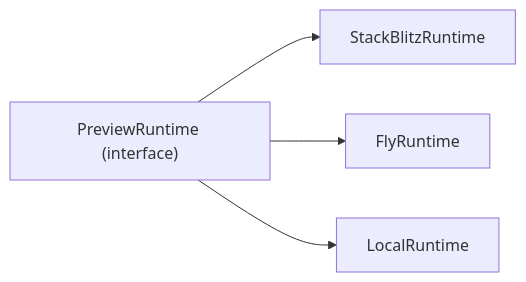
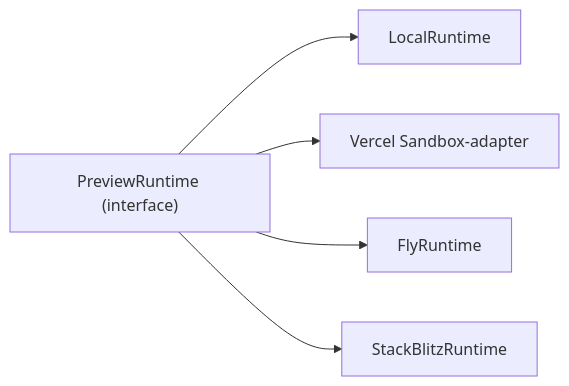
The diagram in docs/architecture/preview-runtime.md (Jakeminator123/sajtbyggaren), drawn with Mermaid before and after one commit. The commit also changed other lines of this file and 3 other files, not shown here.

First line of the commit message:
docs(steward): honesty-fix architecture docs (preview-runtime/viewser/llm-flow/scaffold-dossier) + frontmatter

````diff
--- a/docs/architecture/preview-runtime.md
+++ b/docs/architecture/preview-runtime.md
@@ -11,11 +25,13 @@
 ```mermaid
 flowchart LR
     iface["PreviewRuntime (interface)"]
+    local[LocalRuntime]
+    vsb["Vercel Sandbox-adapter"]
+    fly[FlyRuntime]
     sb[StackBlitzRuntime]
-    fly[FlyRuntime]
-    local[LocalRuntime]
 
+    iface --> local
+    iface --> vsb
+    iface --> fly
     iface --> sb
-    iface --> fly
-    iface --> local
 ```
````
